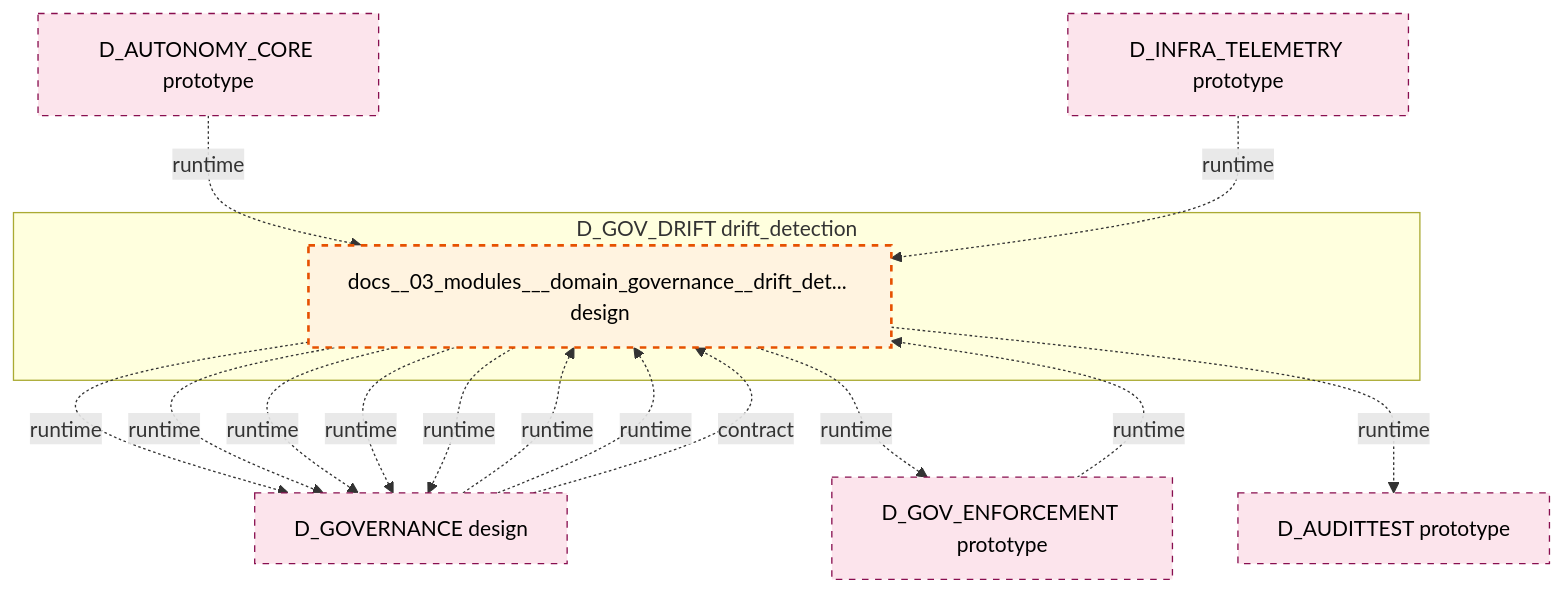
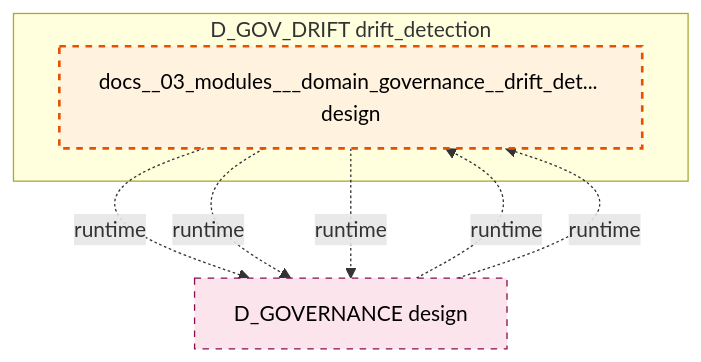
One commit to xuanFelixVan/ZephyrAlpha changed the diagram in docs/02_enterprise_architecture/02_domain_architecture_docs/34_d_gov_drift.md. Above: the diagram before and after it, drawn with Mermaid. The commit also changed other lines of this file and 99 other files, not shown here.

````diff
--- a/docs/02_enterprise_architecture/02_domain_architecture_docs/34_d_gov_drift.md
+++ b/docs/02_enterprise_architecture/02_domain_architecture_docs/34_d_gov_drift.md
@@ -47,30 +47,18 @@
 ```mermaid
 graph TD
     subgraph D_GOV_DRIFT["D_GOV_DRIFT drift_detection"]
         docs_03_modules_domain_governance_drift_detector_blueprint_md["docs__03_modules___domain_governance__drift_det... design"]
     end
     D_GOVERNANCE["D_GOVERNANCE design"]
     docs_03_modules_domain_governance_drift_detector_blueprint_md -.->|runtime| D_GOVERNANCE
     docs_03_modules_domain_governance_drift_detector_blueprint_md -.->|runtime| D_GOVERNANCE
-    D_GOV_ENFORCEMENT["D_GOV_ENFORCEMENT prototype"]
-    docs_03_modules_domain_governance_drift_detector_blueprint_md -.->|runtime| D_GOV_ENFORCEMENT
-    D_AUDITTEST["D_AUDITTEST prototype"]
-    docs_03_modules_domain_governance_drift_detector_blueprint_md -.->|runtime| D_AUDITTEST
     docs_03_modules_domain_governance_drift_detector_blueprint_md -.->|runtime| D_GOVERNANCE
-    docs_03_modules_domain_governance_drift_detector_blueprint_md -.->|runtime| D_GOVERNANCE
-    docs_03_modules_domain_governance_drift_detector_blueprint_md -.->|runtime| D_GOVERNANCE
-    D_GOV_ENFORCEMENT -.->|runtime| docs_03_modules_domain_governance_drift_detector_blueprint_md
     D_GOVERNANCE -.->|runtime| docs_03_modules_domain_governance_drift_detector_blueprint_md
     D_GOVERNANCE -.->|runtime| docs_03_modules_domain_governance_drift_detector_blueprint_md
-    D_GOVERNANCE -.->|contract| docs_03_modules_domain_governance_drift_detector_blueprint_md
-    D_AUTONOMY_CORE["D_AUTONOMY_CORE prototype"]
-    D_AUTONOMY_CORE -.->|runtime| docs_03_modules_domain_governance_drift_detector_blueprint_md
-    D_INFRA_TELEMETRY["D_INFRA_TELEMETRY prototype"]
-    D_INFRA_TELEMETRY -.->|runtime| docs_03_modules_domain_governance_drift_detector_blueprint_md
     classDef production fill:#e1f5fe,stroke:#01579b,stroke-width:2px,color:#000
     classDef design fill:#fff3e0,stroke:#e65100,stroke-width:2px,color:#000,stroke-dasharray: 5 5
     classDef external_prod fill:#e8f5e9,stroke:#1b5e20,stroke-width:1px,color:#000
     classDef external_design fill:#fce4ec,stroke:#880e4f,stroke-width:1px,color:#000,stroke-dasharray: 5 5
     class docs_03_modules_domain_governance_drift_detector_blueprint_md design
-    class D_GOVERNANCE,D_GOV_ENFORCEMENT,D_AUDITTEST,D_AUTONOMY_CORE,D_INFRA_TELEMETRY external_design
+    class D_GOVERNANCE external_design
 ```
````
